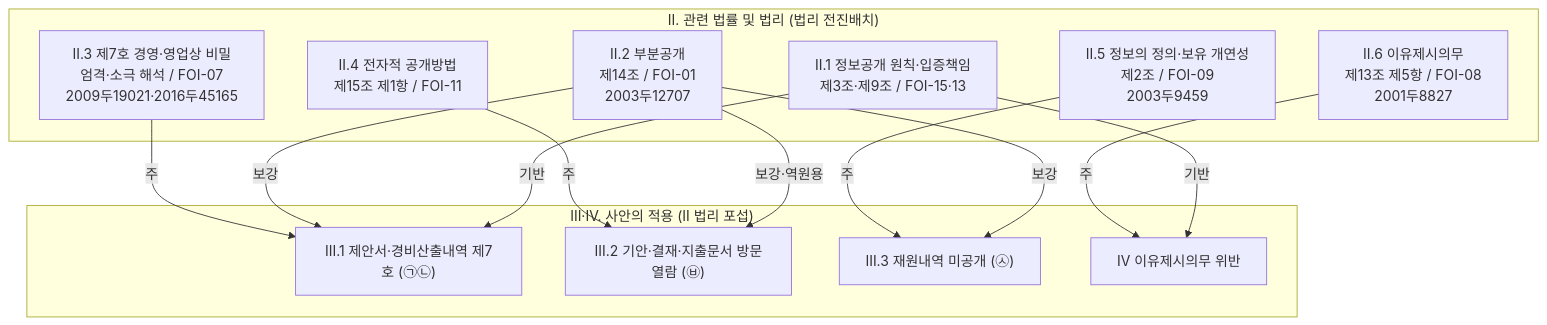
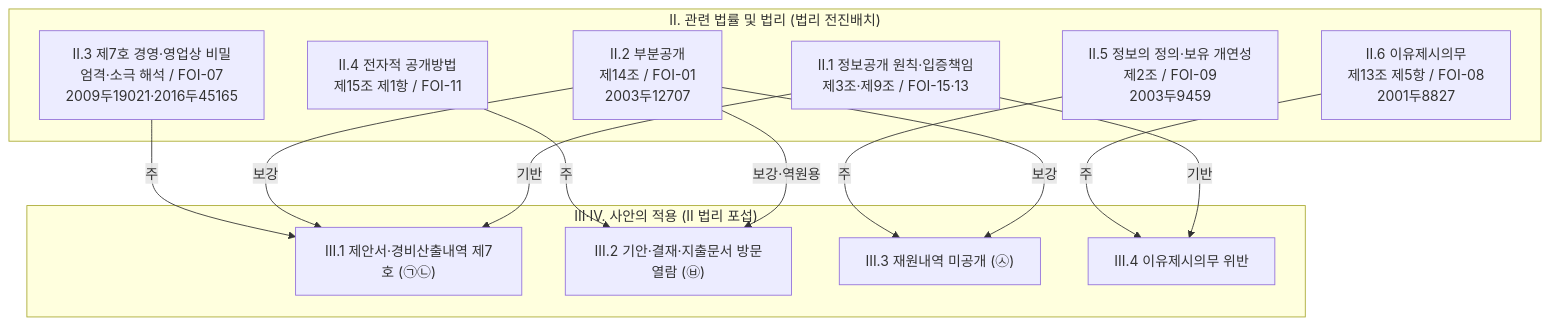
The diagram in cases/02_대동제/archive/법리그래프_보충서면_2026-10986.md (MegasKomnenos/legal-harness), drawn with Mermaid before and after one commit. The commit also changed other lines of this file and 3 other files, not shown here.

````diff
--- a/cases/02_대동제/archive/법리그래프_보충서면_2026-10986.md
+++ b/cases/02_대동제/archive/법리그래프_보충서면_2026-10986.md
@@ -132,26 +134,26 @@
 ```mermaid
 graph TD
   subgraph 법리총론["Ⅱ. 관련 법률 및 법리 (법리 전진배치)"]
     R1["Ⅱ.1 정보공개 원칙·입증책임<br/>제3조·제9조 / FOI-15·13"]
     R2["Ⅱ.2 부분공개<br/>제14조 / FOI-01<br/>2003두12707"]
     R3["Ⅱ.3 제7호 경영·영업상 비밀<br/>엄격·소극 해석 / FOI-07<br/>2009두19021·2016두45165"]
     R4["Ⅱ.4 전자적 공개방법<br/>제15조 제1항 / FOI-11"]
     R5["Ⅱ.5 정보의 정의·보유 개연성<br/>제2조 / FOI-09<br/>2003두9459"]
     R6["Ⅱ.6 이유제시의무<br/>제13조 제5항 / FOI-08<br/>2001두8827"]
   end
   subgraph 적용["Ⅲ·Ⅳ. 사안의 적용 (Ⅱ 법리 포섭)"]
     I1["Ⅲ.1 제안서·경비산출내역 제7호 (㉠㉡)"]
     I2["Ⅲ.2 기안·결재·지출문서 방문열람 (㉥)"]
     I3["Ⅲ.3 재원내역 미공개 (㉦)"]
-    I4["Ⅳ 이유제시의무 위반"]
+    I4["Ⅲ.4 이유제시의무 위반"]
   end
   R3 -->|주| I1
   R2 -->|보강| I1
   R1 -->|기반| I1
   R4 -->|주| I2
   R2 -->|보강·역원용| I2
   R5 -->|주| I3
   R2 -->|보강| I3
   R6 -->|주| I4
   R1 -->|기반| I4
 ```
````
